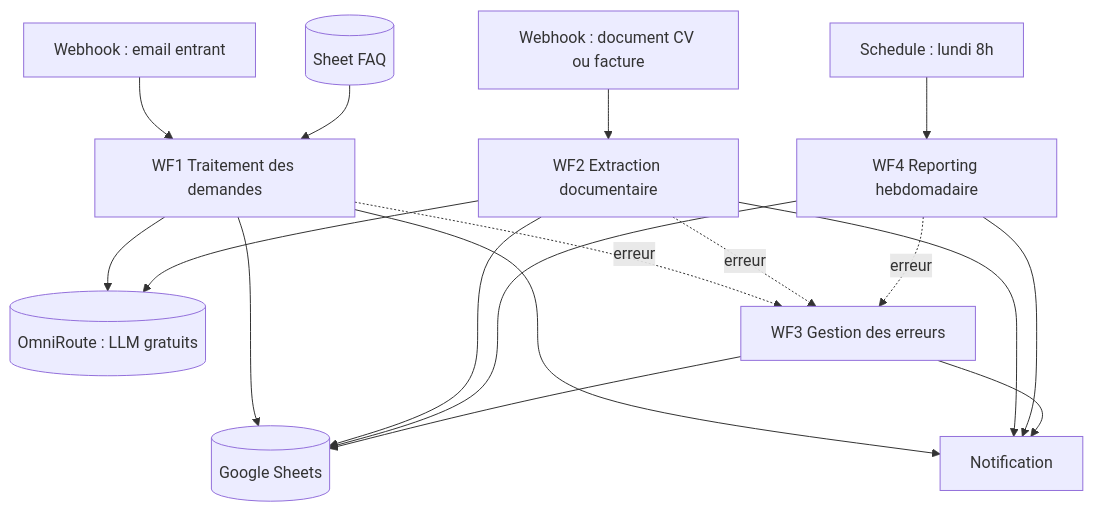
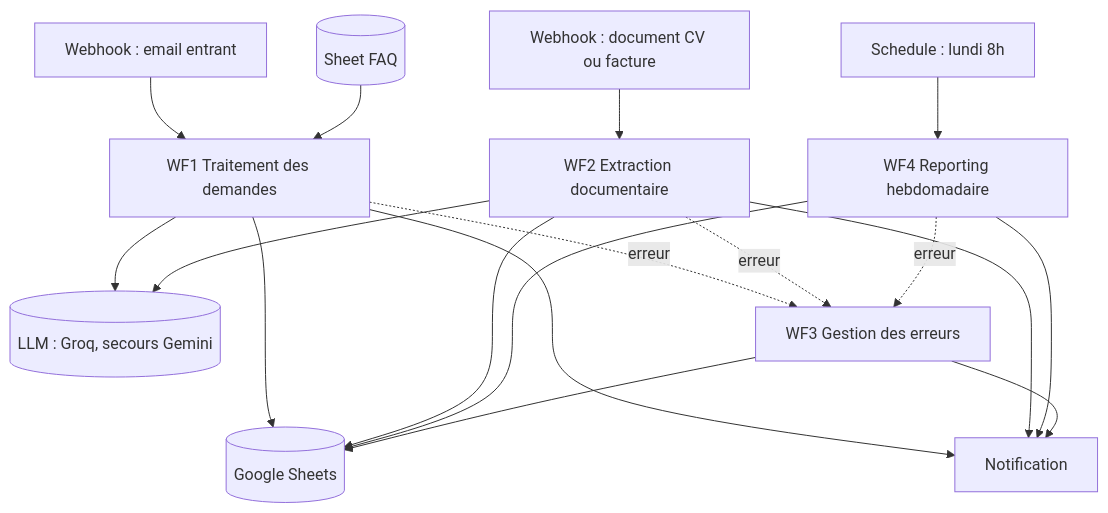
Before and after one commit to ToandroMananjara/ai-business-automation-n8n: the first of 7 diagrams in docs/cdc.md, drawn with Mermaid. The commit also changed other lines of this file and 5 other files, not shown here.

Commit message:
refactor: drop OmniRoute, call Groq and Gemini directly

````diff
--- a/docs/cdc.md
+++ b/docs/cdc.md
@@ -92,24 +92,24 @@
 ```mermaid
 flowchart TD
     A[Webhook : email entrant] --> W1[WF1 Traitement des demandes]
     B[Webhook : document CV ou facture] --> W2[WF2 Extraction documentaire]
     S[Schedule : lundi 8h] --> W4[WF4 Reporting hebdomadaire]
 
-    W1 --> LLM[(OmniRoute : LLM gratuits)]
+    W1 --> LLM[(LLM : Groq, secours Gemini)]
     W2 --> LLM
     KB[(Sheet FAQ)] --> W1
 
     W1 --> GS[(Google Sheets)]
     W2 --> GS
     W4 --> GS
 
     W1 --> N[Notification]
     W2 --> N
     W4 --> N
 
     W1 -. erreur .-> W3[WF3 Gestion des erreurs]
     W2 -. erreur .-> W3
     W4 -. erreur .-> W3
     W3 --> GS
     W3 --> N
 ```
````
